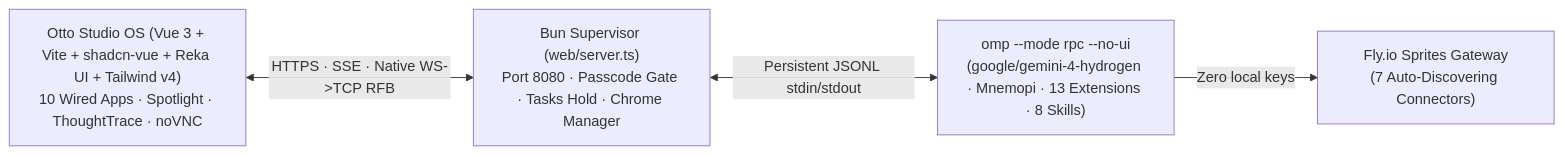
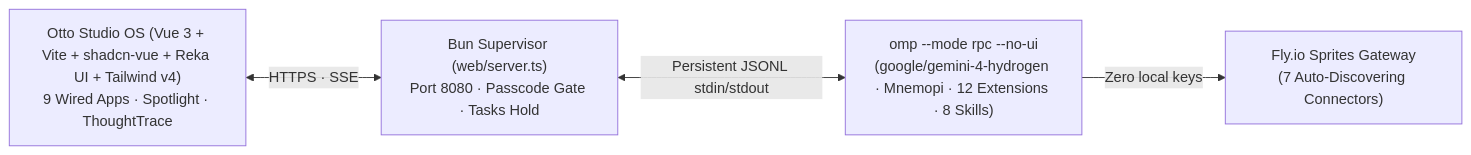
One commit to roffidaijoubu/otto changed the first of 5 diagrams in docs/architecture.md. Above: the diagram before and after it, drawn with Mermaid. The commit also changed other lines of this file and 24 other files, not shown here.

Commit message:
refactor: prune embedded Chrome (noVNC), browser login cookie auth, and OpenCLI

````diff
--- a/docs/architecture.md
+++ b/docs/architecture.md
@@ -13,6 +13,6 @@
 ```mermaid
 flowchart LR
-    B["Otto Studio OS (Vue 3 + Vite + shadcn-vue + Reka UI + Tailwind v4)<br/>10 Wired Apps · Spotlight · ThoughtTrace · noVNC"] <-->|"HTTPS · SSE · Native WS->TCP RFB"| S["Bun Supervisor (web/server.ts)<br/>Port 8080 · Passcode Gate · Tasks Hold · Chrome Manager"]
-    S <-->|"Persistent JSONL stdin/stdout"| O["omp --mode rpc --no-ui<br/>(google/gemini-4-hydrogen · Mnemopi · 13 Extensions · 8 Skills)"]
+    B["Otto Studio OS (Vue 3 + Vite + shadcn-vue + Reka UI + Tailwind v4)<br/>9 Wired Apps · Spotlight · ThoughtTrace"] <-->|"HTTPS · SSE"| S["Bun Supervisor (web/server.ts)<br/>Port 8080 · Passcode Gate · Tasks Hold"]
+    S <-->|"Persistent JSONL stdin/stdout"| O["omp --mode rpc --no-ui<br/>(google/gemini-4-hydrogen · Mnemopi · 12 Extensions · 8 Skills)"]
     O -->|"Zero local keys"| G["Fly.io Sprites Gateway<br/>(7 Auto-Discovering Connectors)"]
 ```
````
